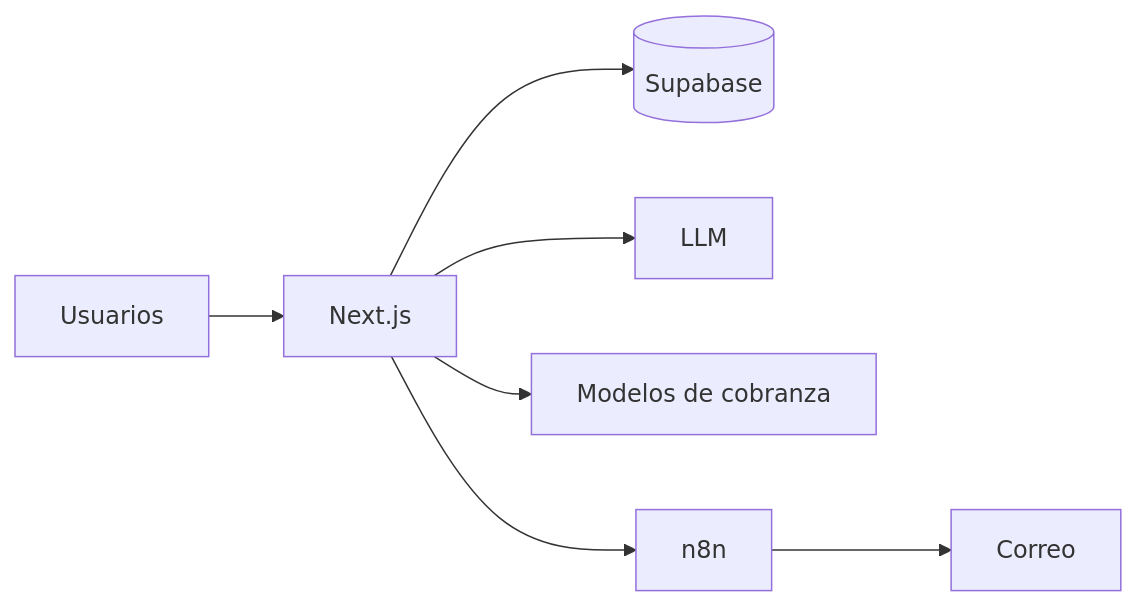
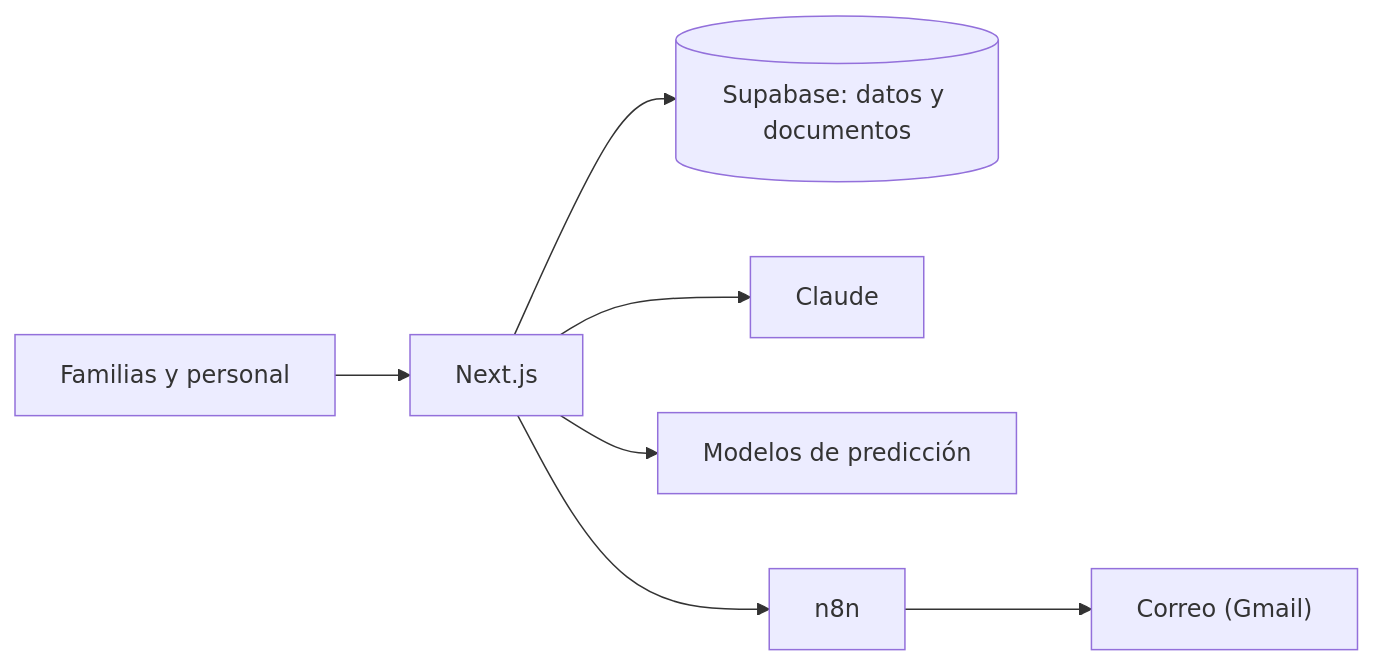
One commit to swariggg/edutech26-t3-teamtux changed the diagram in README.md. Above: the diagram before and after it, drawn with Mermaid. The commit also changed other lines of this file and 6 other files, not shown here.

````diff
--- a/README.md
+++ b/README.md
@@ -18,9 +37,9 @@
 ```mermaid
 flowchart LR
-    U["Usuarios"] --> APP["Next.js"]
-    APP --> DB[("Supabase")]
-    APP --> IA["LLM"]
-    APP --> ML["Modelos de cobranza"]
+    U["Familias y personal"] --> APP["Next.js"]
+    APP --> DB[("Supabase: datos y documentos")]
+    APP --> IA["Claude"]
+    APP --> ML["Modelos de predicción"]
     APP --> N8N["n8n"]
-    N8N --> AV["Correo"]
+    N8N --> AV["Correo (Gmail)"]
 ```
````
